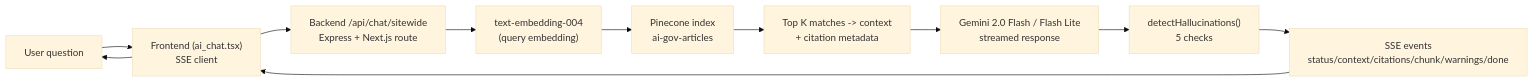
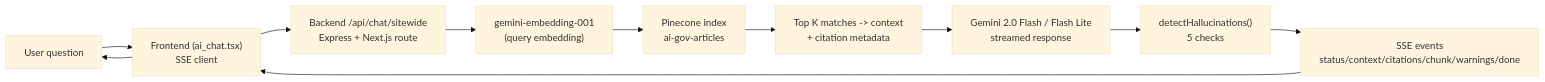
One commit to hoangsonww/AI-Gov-Content-Curator changed the first of 4 diagrams in RAG_CHATBOT.md. Above: the diagram before and after it, drawn with Mermaid (base theme). The commit also changed other lines of this file and 85 other files, not shown here.

Commit message:
Update embedding model to use Google's gemini-embedding-001 in pinecone.service.ts

````diff
--- a/RAG_CHATBOT.md
+++ b/RAG_CHATBOT.md
@@ -58,13 +58,13 @@
 ```mermaid
 flowchart LR
     User[User question] --> UI["Frontend (ai_chat.tsx)\nSSE client"]
     UI --> API["Backend /api/chat/sitewide\nExpress + Next.js route"]
-    API --> Embed["text-embedding-004\n(query embedding)"]
+    API --> Embed["gemini-embedding-001\n(query embedding)"]
     Embed --> Pinecone["Pinecone index\nai-gov-articles"]
     Pinecone --> Context["Top K matches -> context\n+ citation metadata"]
     Context --> Gemini["Gemini 2.0 Flash / Flash Lite\nstreamed response"]
     Gemini --> Guardrails["detectHallucinations()\n5 checks"]
     Guardrails --> SSE["SSE events\nstatus/context/citations/chunk/warnings/done"]
     SSE --> UI
     UI --> User
 ```
````
